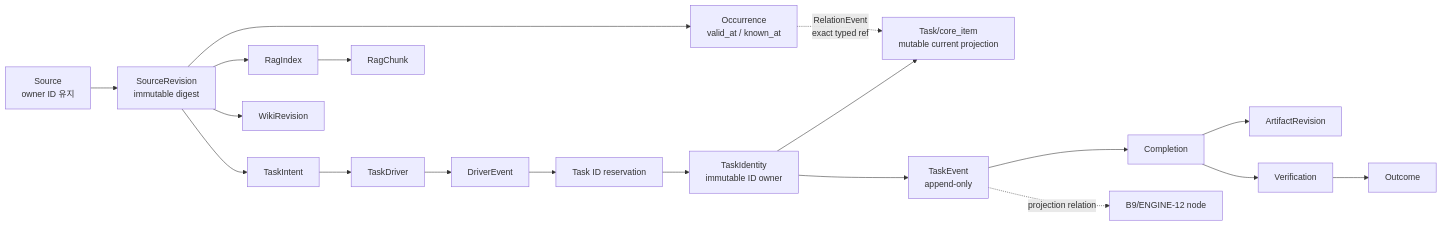
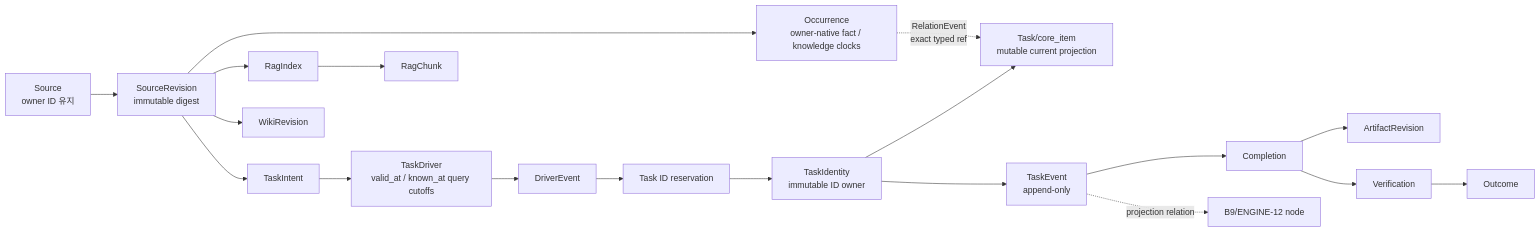
One commit to SungYongMOON/soulforge changed the fourth of 11 diagrams in ui-workspace/apps/dev-erp/docs/TASK_ENGINE_AX_WORKSPACE_BUILD_MASTER_PLAN_V0.md. Above: the diagram before and after it, drawn with Mermaid. The commit also changed other lines of this file and 1 other file, not shown here.

````diff
--- a/ui-workspace/apps/dev-erp/docs/TASK_ENGINE_AX_WORKSPACE_BUILD_MASTER_PLAN_V0.md
+++ b/ui-workspace/apps/dev-erp/docs/TASK_ENGINE_AX_WORKSPACE_BUILD_MASTER_PLAN_V0.md
@@ -749,15 +774,15 @@
 ```mermaid
 flowchart LR
   S["Source<br/>owner ID 유지"] --> SR["SourceRevision<br/>immutable digest"]
-  SR --> O["Occurrence<br/>valid_at / known_at"]
+  SR --> O["Occurrence<br/>owner-native fact / knowledge clocks"]
   SR --> RI["RagIndex"] --> RC["RagChunk"]
   SR --> WR["WikiRevision"]
-  SR --> TI["TaskIntent"] --> TD["TaskDriver"] --> DE["DriverEvent"]
+  SR --> TI["TaskIntent"] --> TD["TaskDriver<br/>valid_at / known_at query cutoffs"] --> DE["DriverEvent"]
   DE --> TR["Task ID reservation"] --> ID["TaskIdentity<br/>immutable ID owner"]
   ID --> T["Task/core_item<br/>mutable current projection"]
   ID --> TE["TaskEvent<br/>append-only"] --> CO["Completion"]
   CO --> AR["ArtifactRevision"]
   CO --> VE["Verification"] --> OU["Outcome"]
   O -. "RelationEvent<br/>exact typed ref" .-> T
   TE -. "projection relation" .-> B9["B9/ENGINE-12 node"]
 ```
````
